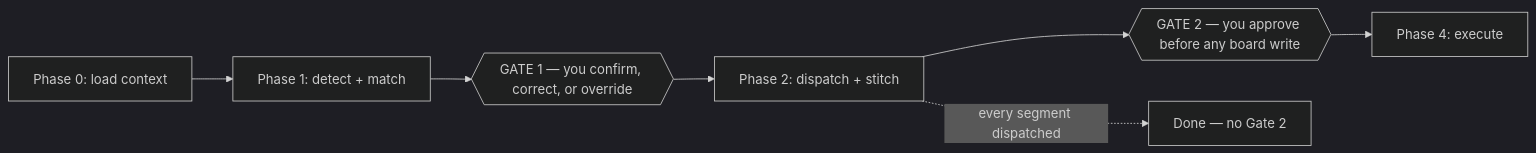
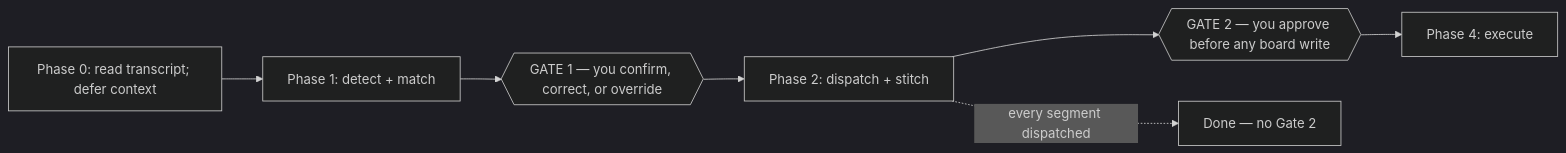
Before and after one commit to CauchyIO/awow: the second of 2 diagrams in guides/guide-transcript-router.md, drawn with Mermaid (dark theme). The commit also changed other lines of this file and 6 other files, not shown here.

Commit message:
Load transcript context on demand

````diff
--- a/guides/guide-transcript-router.md
+++ b/guides/guide-transcript-router.md
@@ -86,9 +86,9 @@
 ```mermaid
 flowchart LR
-  p0[Phase 0: load context] --> p1[Phase 1: detect + match]
+  p0[Phase 0: read transcript; defer context] --> p1[Phase 1: detect + match]
   p1 --> g1{{"GATE 1 — you confirm, correct, or override"}}
   g1 --> p2[Phase 2: dispatch + stitch]
   p2 --> g2{{"GATE 2 — you approve before any board write"}}
   g2 --> p4[Phase 4: execute]
   p2 -. every segment dispatched .-> done[Done — no Gate 2]
 ```
````
